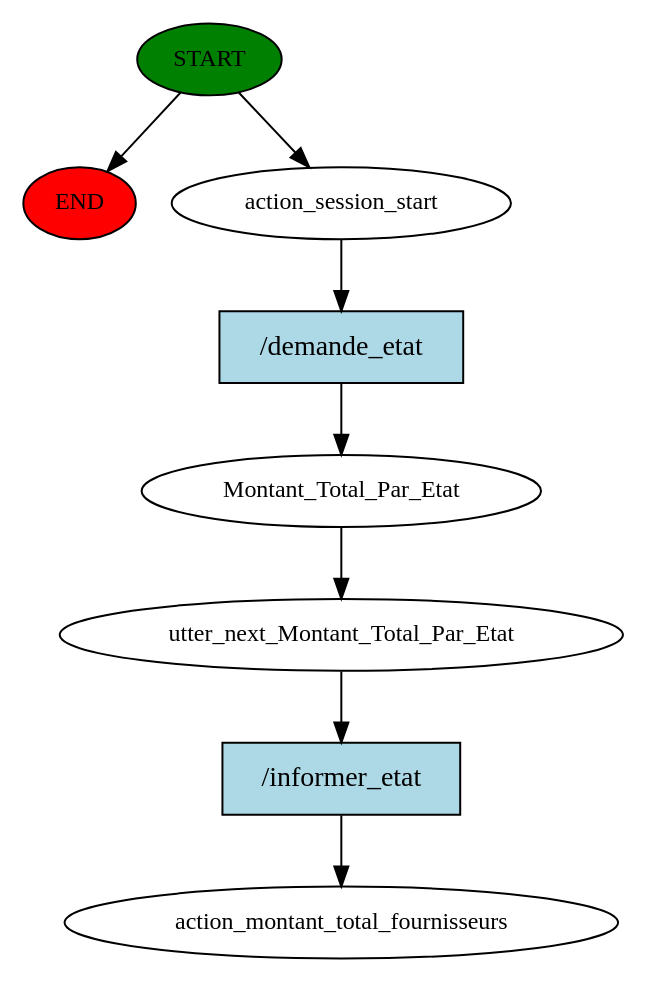
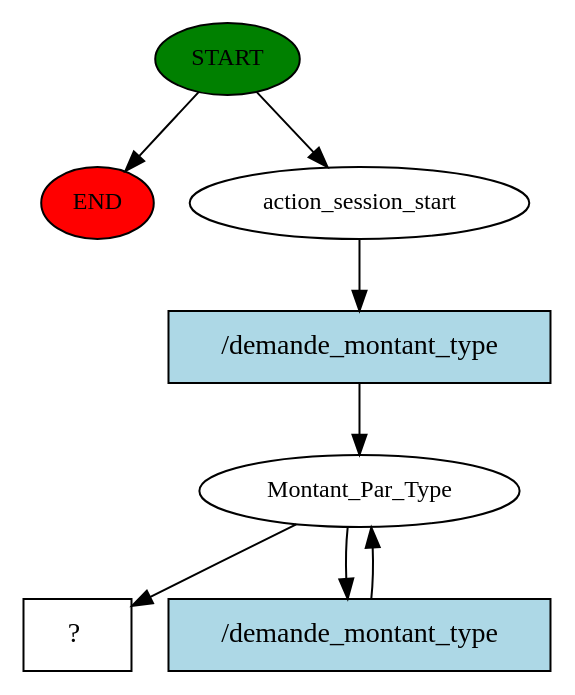
The diagram in story_graph.dot (youssef-zghal/rasa-vermeg), drawn with Graphviz before and after one commit. The commit also changed 34 other files, not shown here.

```diff
--- a/story_graph.dot
+++ b/story_graph.dot
@@ -1,17 +1,16 @@
 digraph  {
 0 [class="start active", fillcolor=green, fontsize=12, label=START, style=filled];
 "-1" [class=end, fillcolor=red, fontsize=12, label=END, style=filled];
 1 [class=active, fontsize=12, label=action_session_start];
-2 [class=active, fontsize=12, label=Montant_Total_Par_Etat];
-3 [class=active, fontsize=12, label=utter_next_Montant_Total_Par_Etat];
-4 [class="dashed active", fontsize=12, label=action_montant_total_fournisseurs];
-5 [class="intent active", fillcolor=lightblue, label="/demande_etat", shape=rect, style=filled];
-6 [class="intent active", fillcolor=lightblue, label="/informer_etat", shape=rect, style=filled];
+2 [class=active, fontsize=12, label=Montant_Par_Type];
+4 [class="intent dashed active", label="  ?  ", shape=rect];
+5 [class="intent active", fillcolor=lightblue, label="/demande_montant_type", shape=rect, style=filled];
+6 [class="intent active", fillcolor=lightblue, label="/demande_montant_type", shape=rect, style=filled];
 0 -> "-1"  [class="", key=NONE, label=""];
 0 -> 1  [class=active, key=NONE, label=""];
 1 -> 5  [class=active, key=0];
-2 -> 3  [class=active, key=NONE, label=""];
-3 -> 6  [class=active, key=0];
+2 -> 4  [class=active, key=NONE, label=""];
+2 -> 6  [class=active, key=0];
 5 -> 2  [class=active, key=0];
-6 -> 4  [class=active, key=0];
+6 -> 2  [class=active, key=0];
 }
```
